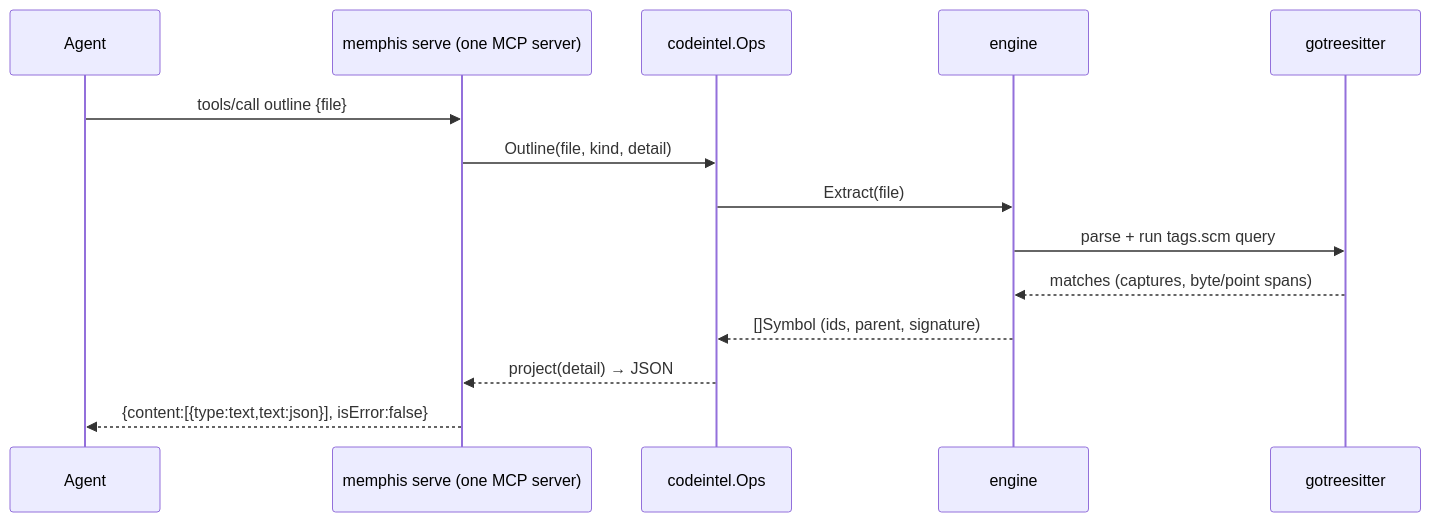
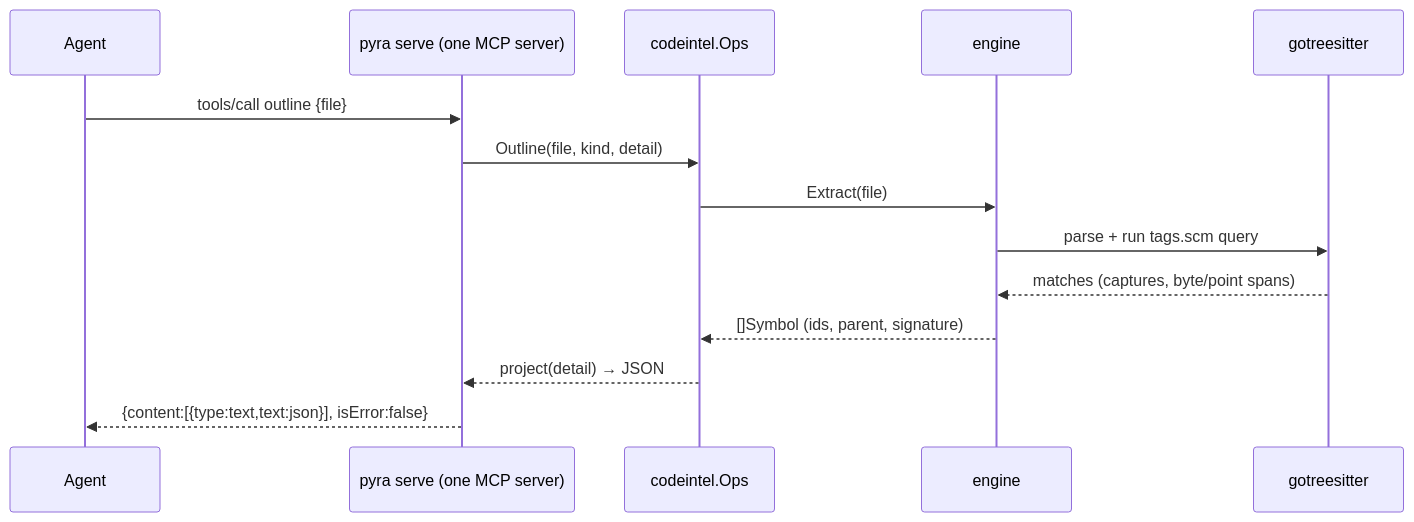
The second of 2 diagrams in canon/code-intelligence/design.md (path-warden/pyra), drawn with Mermaid before and after one commit. The commit also changed other lines of this file and 216 other files, not shown here.

````diff
--- a/canon/code-intelligence/design.md
+++ b/canon/code-intelligence/design.md
@@ -84,16 +84,16 @@
 ```mermaid
 sequenceDiagram
   participant A as Agent
-  participant S as memphis serve (one MCP server)
+  participant S as pyra serve (one MCP server)
   participant O as codeintel.Ops
   participant E as engine
   participant G as gotreesitter
   A->>S: tools/call outline {file}
   S->>O: Outline(file, kind, detail)
   O->>E: Extract(file)
   E->>G: parse + run tags.scm query
   G-->>E: matches (captures, byte/point spans)
   E-->>O: []Symbol (ids, parent, signature)
   O-->>S: project(detail) → JSON
   S-->>A: {content:[{type:text,text:json}], isError:false}
 ```
````
